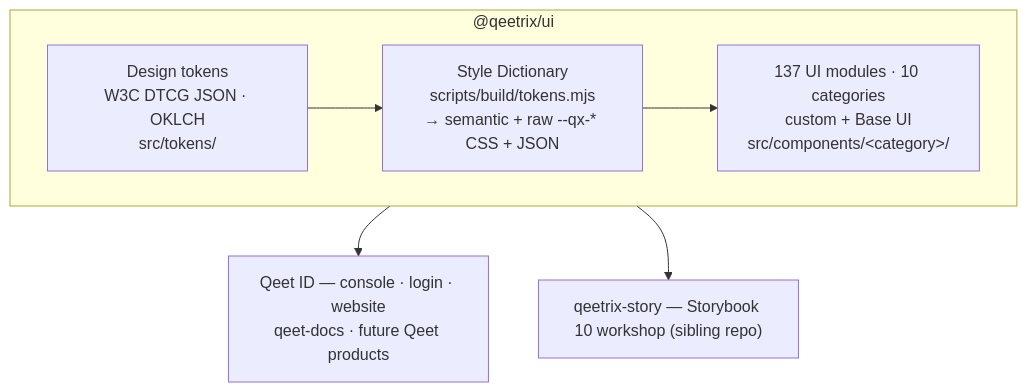
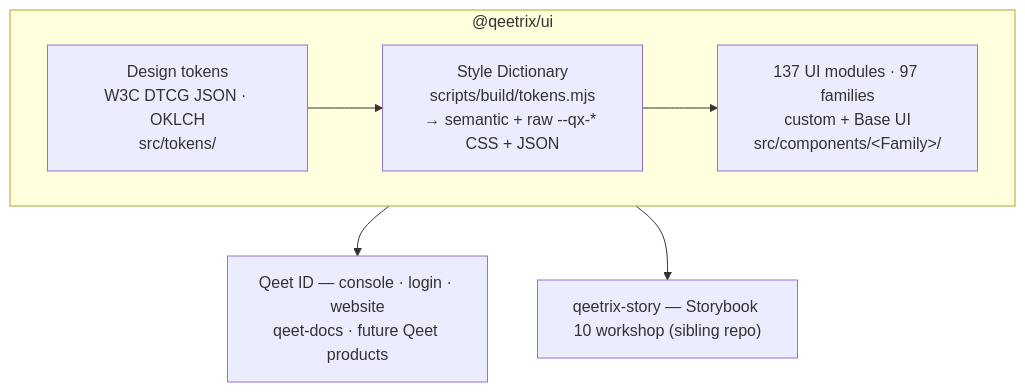
The diagram in README.md (qeetgroup/qeetrix-ui), drawn with Mermaid before and after one commit. The commit also changed other lines of this file and 50 other files, not shown here.

````diff
--- a/README.md
+++ b/README.md
@@ -55,16 +55,16 @@
 ```mermaid
 flowchart TB
     subgraph pkg["@qeetrix/ui"]
         direction LR
         tokens["Design tokens<br/>W3C DTCG JSON · OKLCH<br/>src/tokens/"]
         sd["Style Dictionary<br/>scripts/build/tokens.mjs<br/>→ semantic + raw --qx-* CSS + JSON"]
-        comps["137 UI modules · 10 categories<br/>custom + Base UI<br/>src/components/&lt;category&gt;/"]
+        comps["137 UI modules · 97 families<br/>custom + Base UI<br/>src/components/&lt;Family&gt;/"]
         tokens --> sd --> comps
     end
 
     consumers["Qeet ID — console · login · website<br/>qeet-docs · future Qeet products"]
     workshop["qeetrix-story — Storybook 10 workshop (sibling repo)"]
 
     comps --> consumers
     comps --> workshop
 ```
````
